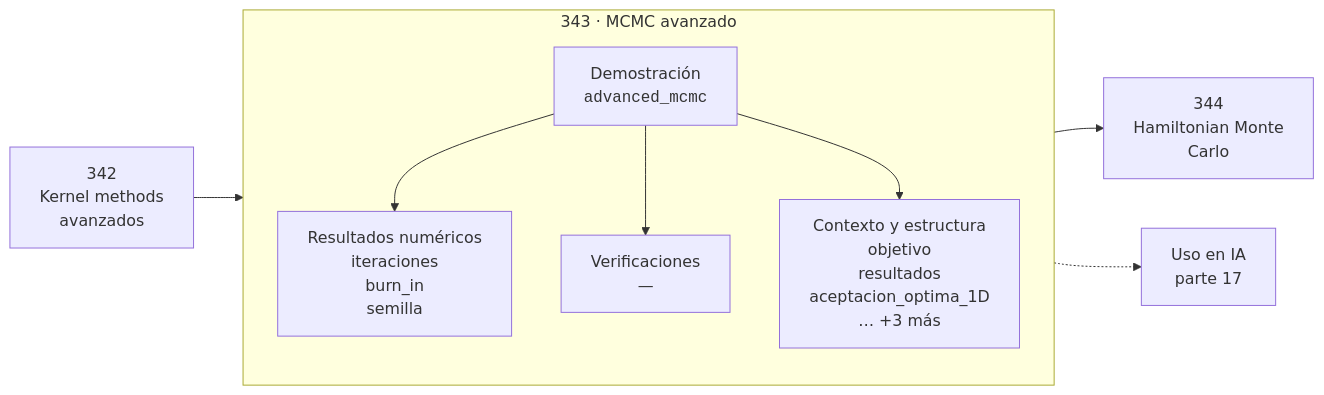
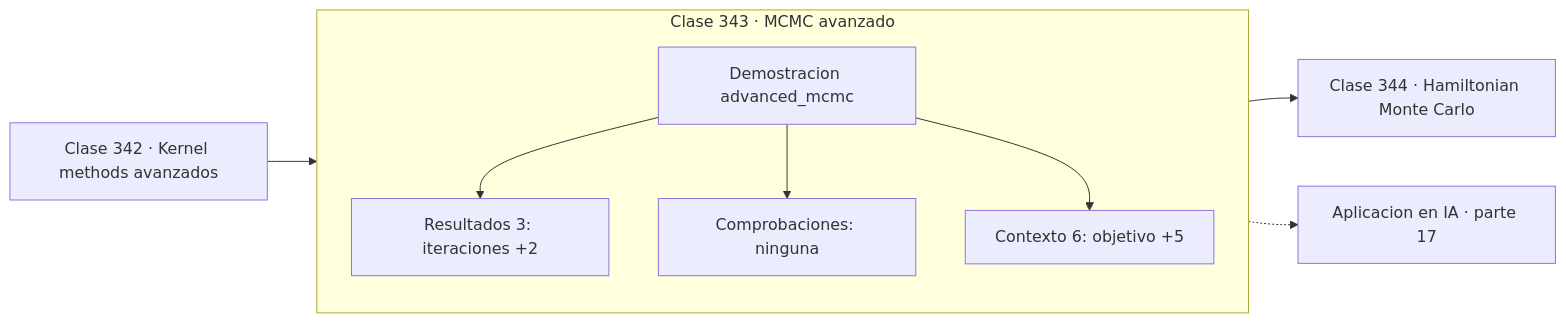
The diagram in classes/part-17-frontera-matematica-para-ia-e-investigacion/343-mcmc-avanzado/README.md (vladimiracunadev-create/computational-mathematics-program), drawn with Mermaid before and after one commit. The commit also changed 389 other files, not shown here.

First line of the commit message:
fix(diagramas): elimina el HTML de las etiquetas Mermaid

````diff
--- a/classes/part-17-frontera-matematica-para-ia-e-investigacion/343-mcmc-avanzado/README.md
+++ b/classes/part-17-frontera-matematica-para-ia-e-investigacion/343-mcmc-avanzado/README.md
@@ -30,12 +30,13 @@
 ```mermaid
 flowchart LR
-    P["342<br/>Kernel methods<br/>avanzados"] --> C
-    subgraph C["343 · MCMC avanzado"]
+    P["Clase 342 · Kernel methods avanzados"] --> D
+    subgraph CLASE["Clase 343 · MCMC avanzado"]
         direction TB
-        D["Demostración<br/><code>advanced_mcmc</code>"] --> R["Resultados numéricos<br/>iteraciones<br/>burn_in<br/>semilla"]
-        D --> V["Verificaciones<br/>—"]
-        D --> O["Contexto y estructura<br/>objetivo<br/>resultados<br/>aceptacion_optima_1D<br/>… +3 más"]
+        D["Demostracion advanced_mcmc"]
+        D --> R["Resultados 3: iteraciones +2"]
+        D --> V["Comprobaciones: ninguna"]
+        D --> O["Contexto 6: objetivo +5"]
     end
-    C --> N["344<br/>Hamiltonian Monte<br/>Carlo"]
-    C -.-> IA["Uso en IA<br/>parte 17"]
+    R --> N["Clase 344 · Hamiltonian Monte Carlo"]
+    V -.-> IA["Aplicacion en IA · parte 17"]
 ```
````
